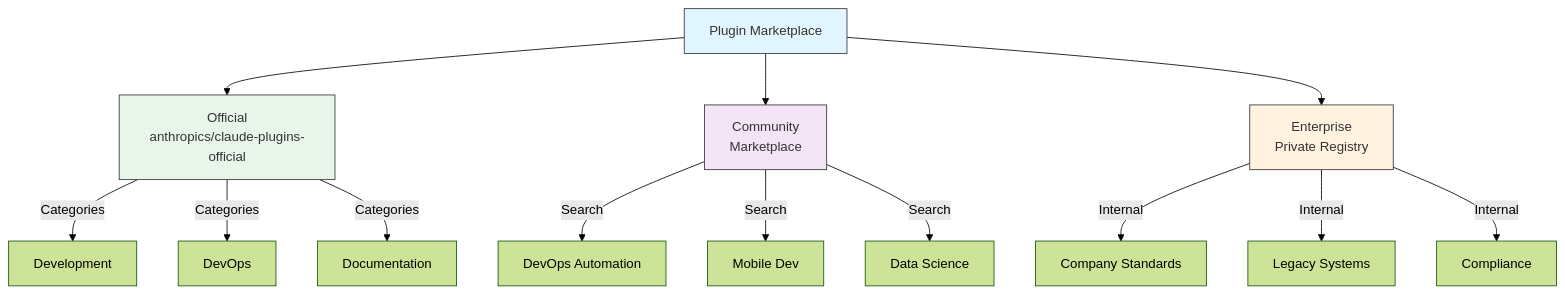
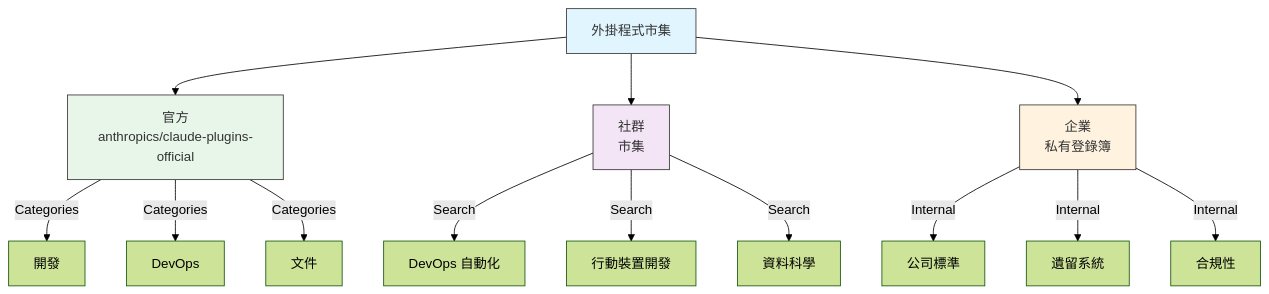
The third of 5 diagrams in 07-plugins/README.md (huckly/claude-howto-zh-tw), drawn with Mermaid (forest theme) before and after one commit. The commit also changed other lines of this file, not shown here.

Commit message:
🔌 07-plugins：Plugins 外掛 — 同步上游更新並翻譯

````diff
--- a/07-plugins/README.md
+++ b/07-plugins/README.md
@@ -421,28 +418,28 @@
 ```mermaid
 graph TB
-    A["Plugin Marketplace"]
-    B["Official<br/>anthropics/claude-plugins-official"]
-    C["Community<br/>Marketplace"]
-    D["Enterprise<br/>Private Registry"]
+    A["外掛程式市集"]
+    B["官方<br/>anthropics/claude-plugins-official"]
+    C["社群<br/>市集"]
+    D["企業<br/>私有登錄簿"]
 
     A --> B
     A --> C
     A --> D
 
-    B -->|Categories| B1["Development"]
+    B -->|Categories| B1["開發"]
     B -->|Categories| B2["DevOps"]
-    B -->|Categories| B3["Documentation"]
+    B -->|Categories| B3["文件"]
 
-    C -->|Search| C1["DevOps Automation"]
-    C -->|Search| C2["Mobile Dev"]
-    C -->|Search| C3["Data Science"]
+    C -->|Search| C1["DevOps 自動化"]
+    C -->|Search| C2["行動裝置開發"]
+    C -->|Search| C3["資料科學"]
 
-    D -->|Internal| D1["Company Standards"]
-    D -->|Internal| D2["Legacy Systems"]
-    D -->|Internal| D3["Compliance"]
+    D -->|Internal| D1["公司標準"]
+    D -->|Internal| D2["遺留系統"]
+    D -->|Internal| D3["合規性"]
 
     style A fill:#e1f5fe,stroke:#333,color:#333
     style B fill:#e8f5e9,stroke:#333,color:#333
     style C fill:#f3e5f5,stroke:#333,color:#333
     style D fill:#fff3e0,stroke:#333,color:#333
 ```
````
